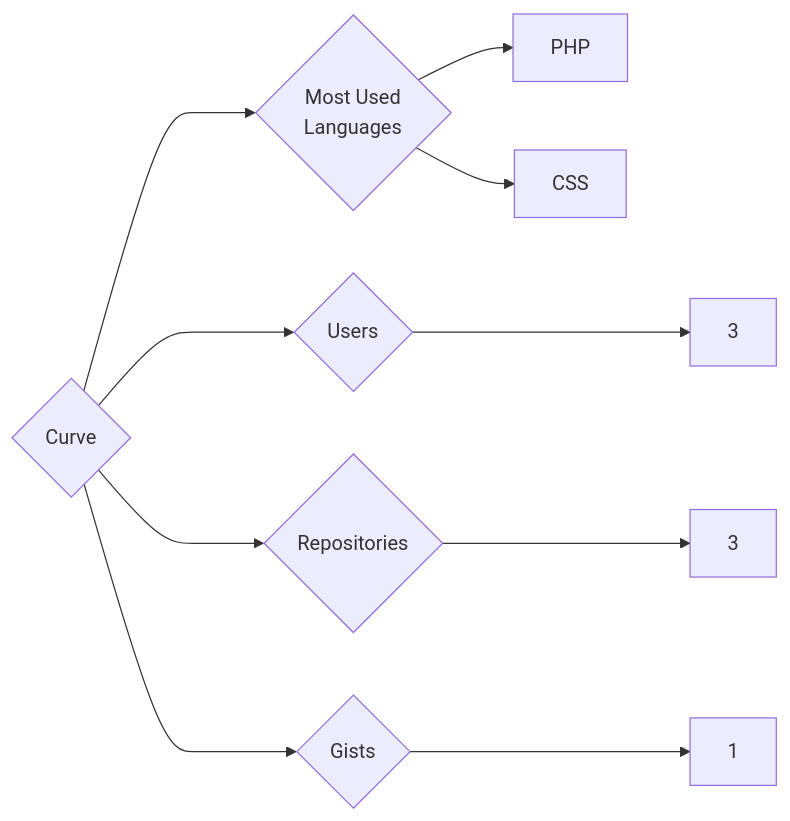
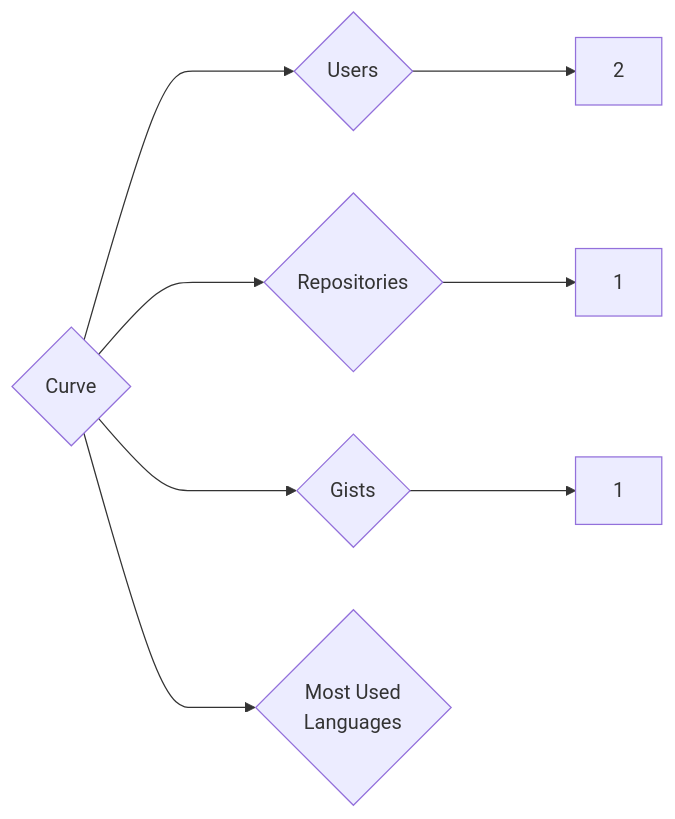
One commit to trickest/insiders changed the diagram in targets/Curve/README.md. Above: the diagram before and after it, drawn with Mermaid. The commit also changed 610 other files, not shown here.

````diff
--- a/targets/Curve/README.md
+++ b/targets/Curve/README.md
@@ -3,10 +3,8 @@
 ```mermaid
 graph LR
 COMPANY_NAME{Curve}
-COMPANY_NAME ---> U{Users} ---> UN[3]
-COMPANY_NAME ---> R{Repositories} ---> RN[3]
+COMPANY_NAME ---> U{Users} ---> UN[2]
+COMPANY_NAME ---> R{Repositories} ---> RN[1]
 COMPANY_NAME ---> G{Gists} ---> GN[1]
 COMPANY_NAME ---> ML{Most Used<br>Languages}
-ML --> PHP[PHP]
-ML --> CSS[CSS]
 ```
````
